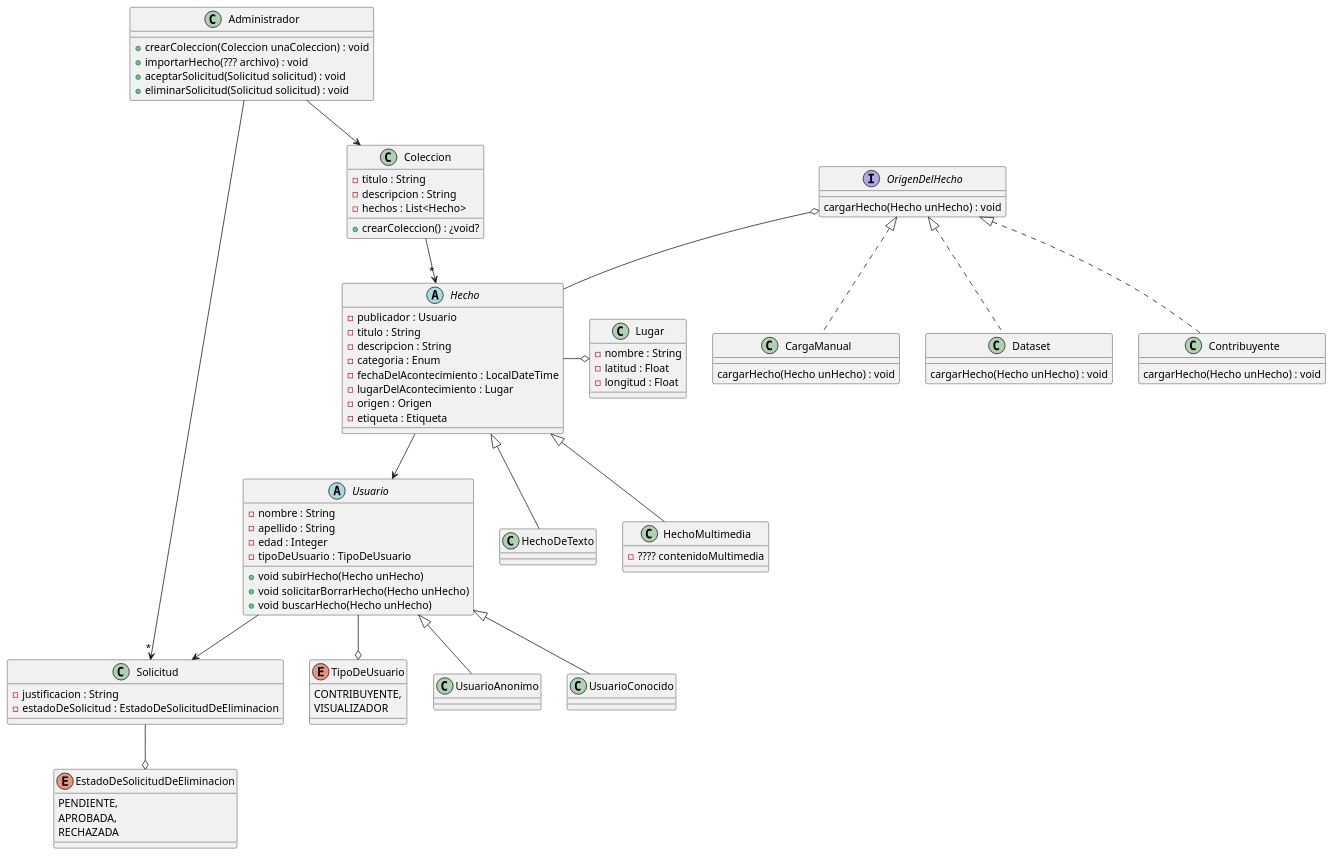
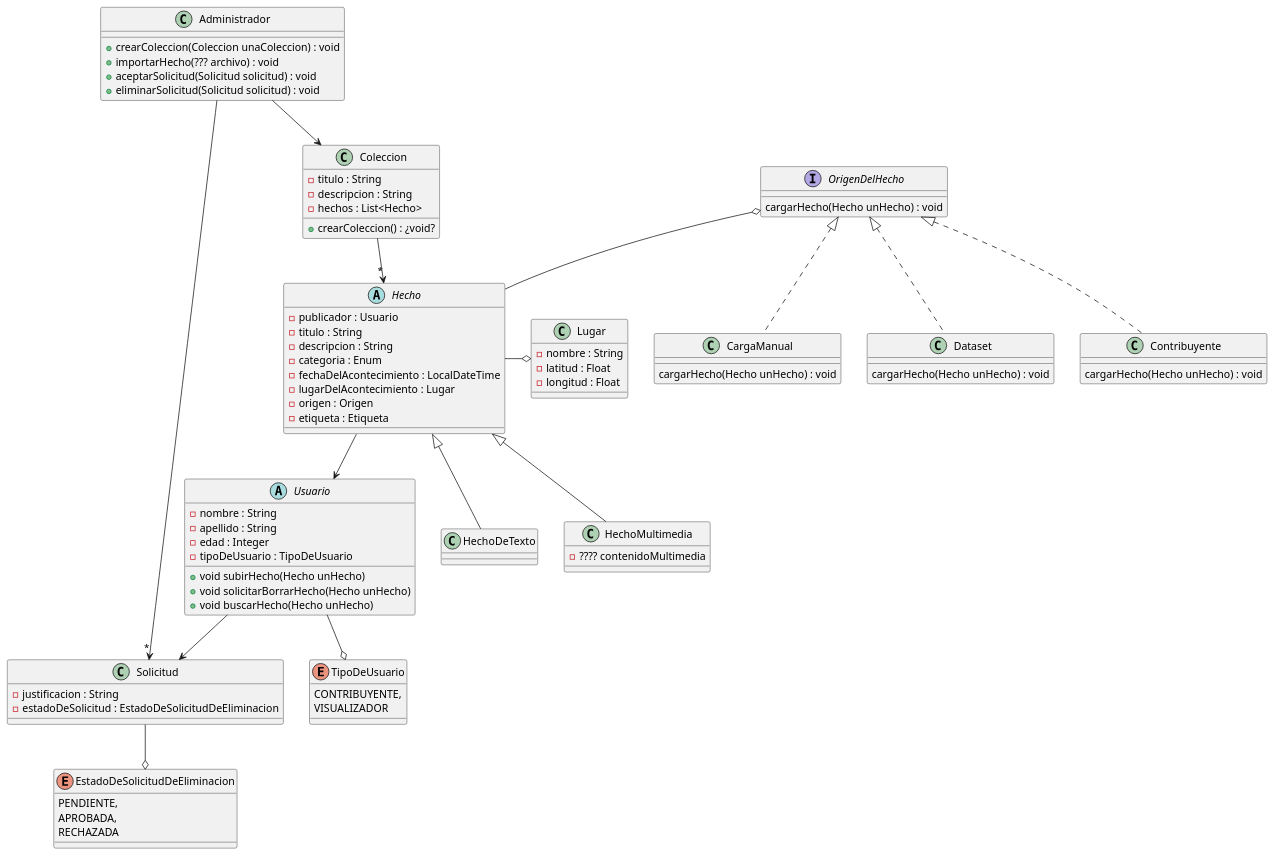
The diagram in src/main/diagramas/DC1raEntrega.puml (vclevy/MetaMapa), drawn with PlantUML before and after one commit. The commit also changed 7 other files, not shown here.

```diff
--- a/src/main/diagramas/DC1raEntrega.puml
+++ b/src/main/diagramas/DC1raEntrega.puml
@@ -1,102 +1,96 @@
 @startuml
 'https://plantuml.com/class-diagram
 'El titulo podria ser un posible enum
 
 class Coleccion{
     - titulo : String
     - descripcion : String
     - hechos : List<Hecho>
 
     + crearColeccion() : ¿void?
 }
 
 abstract class Hecho{
   - publicador : Usuario
   - titulo : String
   - descripcion : String
   - categoria : Enum
   - fechaDelAcontecimiento : LocalDateTime
   - lugarDelAcontecimiento : Lugar
   - origen : Origen
   - etiqueta : Etiqueta
 }
 
 class HechoDeTexto extends Hecho{
 }
 
 class HechoMultimedia extends Hecho{
  - ???? contenidoMultimedia
 }
 
 class Lugar{
     - nombre : String
     - latitud : Float
     - longitud : Float
 }
 
 interface OrigenDelHecho {
     cargarHecho(Hecho unHecho) : void
 }
 
 class CargaManual implements OrigenDelHecho {
     cargarHecho(Hecho unHecho) : void
 }
 
 class Dataset implements OrigenDelHecho {
     cargarHecho(Hecho unHecho) : void
 }
 
 class Contribuyente implements OrigenDelHecho {
     cargarHecho(Hecho unHecho) : void
 }
 
 abstract class Usuario{
     - nombre : String
     - apellido : String
     - edad : Integer
     - tipoDeUsuario : TipoDeUsuario
     + void subirHecho(Hecho unHecho)
     + void solicitarBorrarHecho(Hecho unHecho)
     + void buscarHecho(Hecho unHecho)
 }
 
 enum TipoDeUsuario {
     CONTRIBUYENTE,
     VISUALIZADOR
 }
 
-class UsuarioAnonimo extends Usuario {
-}
-
-class UsuarioConocido extends Usuario {
-}
-
 class Solicitud{
     - justificacion : String
     - estadoDeSolicitud : EstadoDeSolicitudDeEliminacion
 }
 
 enum EstadoDeSolicitudDeEliminacion {
     PENDIENTE,
     APROBADA,
     RECHAZADA
 }
 
 class Administrador{
    + crearColeccion(Coleccion unaColeccion) : void
    + importarHecho(??? archivo) : void
    + aceptarSolicitud(Solicitud solicitud) : void
    + eliminarSolicitud(Solicitud solicitud) : void
 }
 
 Hecho --> Usuario
 Lugar o-l- Hecho
 Coleccion -->"*" Hecho
 Administrador -->"*" Solicitud
 Administrador --> Coleccion
 Usuario --> Solicitud
 EstadoDeSolicitudDeEliminacion o-u- Solicitud
 TipoDeUsuario o-u- Usuario
 OrigenDelHecho o-- Hecho
 
 @enduml
```
